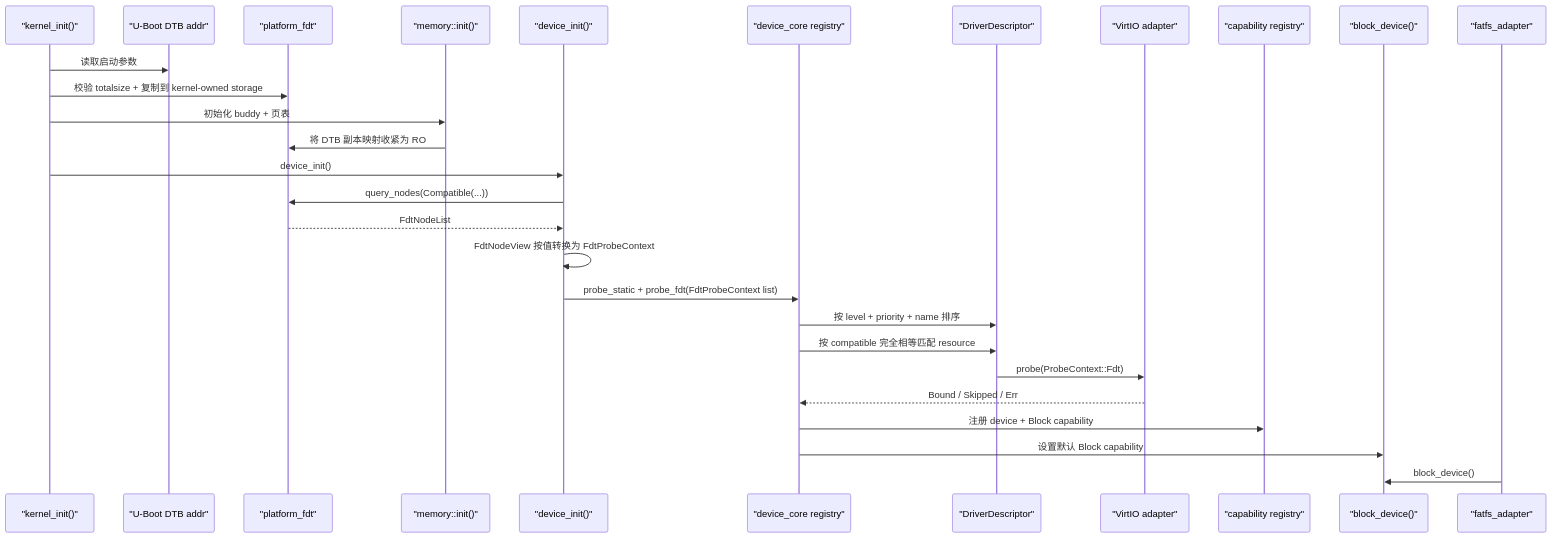
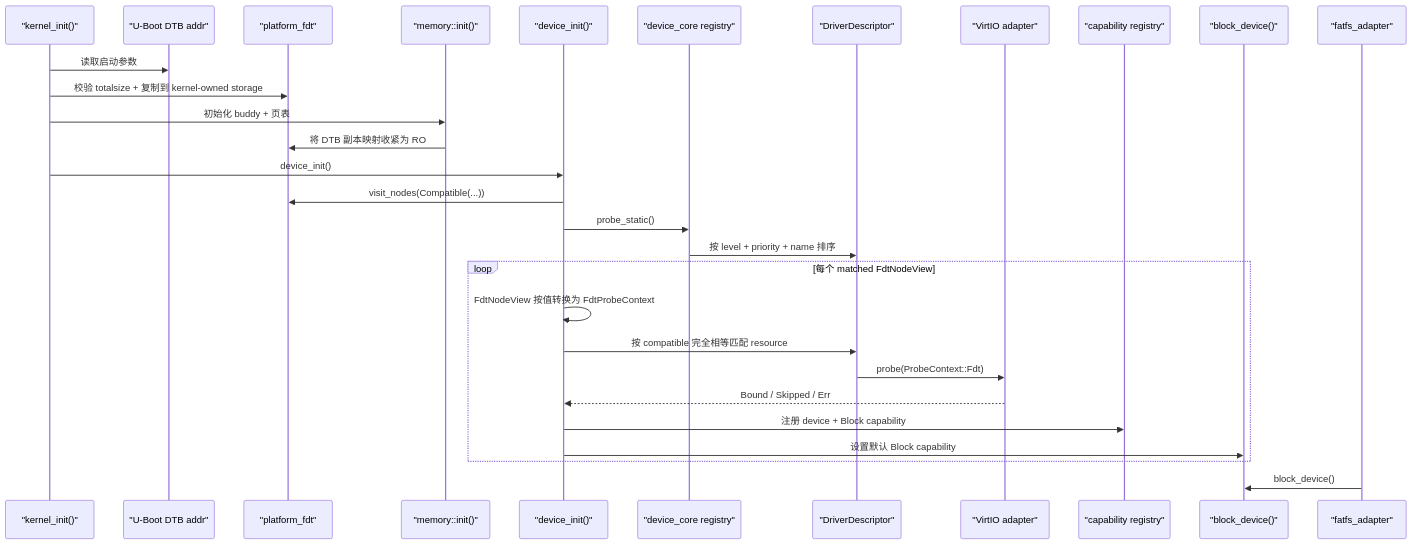
Before and after one commit to MRNIU/SimpleKernel: the second of 2 diagrams in docs/design/device-d2-driver-descriptor-probe.md, drawn with Mermaid. The commit also changed other lines of this file and 4 other files, not shown here.

First line of the commit message:
fix(device): stream FDT compatible probing

````diff
--- a/docs/design/device-d2-driver-descriptor-probe.md
+++ b/docs/design/device-d2-driver-descriptor-probe.md
@@ -203,31 +202,32 @@
 ```mermaid
 sequenceDiagram
   participant Boot as "kernel_init()"
   participant RawDtb as "U-Boot DTB addr"
   participant PlatformFdt as "platform_fdt"
   participant Memory as "memory::init()"
   participant Device as "device_init()"
   participant Core as "device_core registry"
   participant Desc as "DriverDescriptor"
   participant Virtio as "VirtIO adapter"
   participant Capability as "capability registry"
   participant Block as "block_device()"
   participant Fs as "fatfs_adapter"
 
   Boot->>RawDtb: 读取启动参数
   Boot->>PlatformFdt: 校验 totalsize + 复制到 kernel-owned storage
   Boot->>Memory: 初始化 buddy + 页表
   Memory->>PlatformFdt: 将 DTB 副本映射收紧为 RO
   Boot->>Device: device_init()
-  Device->>PlatformFdt: query_nodes(Compatible(...))
-  PlatformFdt-->>Device: FdtNodeList
-  Device->>Device: FdtNodeView 按值转换为 FdtProbeContext
-  Device->>Core: probe_static + probe_fdt(FdtProbeContext list)
+  Device->>PlatformFdt: visit_nodes(Compatible(...))
+  Device->>Core: probe_static()
   Core->>Desc: 按 level + priority + name 排序
-  Core->>Desc: 按 compatible 完全相等匹配 resource
-  Desc->>Virtio: probe(ProbeContext::Fdt)
-  Virtio-->>Core: Bound / Skipped / Err
-  Core->>Capability: 注册 device + Block capability
-  Core->>Block: 设置默认 Block capability
+  loop 每个 matched FdtNodeView
+    Device->>Device: FdtNodeView 按值转换为 FdtProbeContext
+    Device->>Desc: 按 compatible 完全相等匹配 resource
+    Desc->>Virtio: probe(ProbeContext::Fdt)
+    Virtio-->>Device: Bound / Skipped / Err
+    Device->>Capability: 注册 device + Block capability
+    Device->>Block: 设置默认 Block capability
+  end
   Fs->>Block: block_device()
 ```
````
